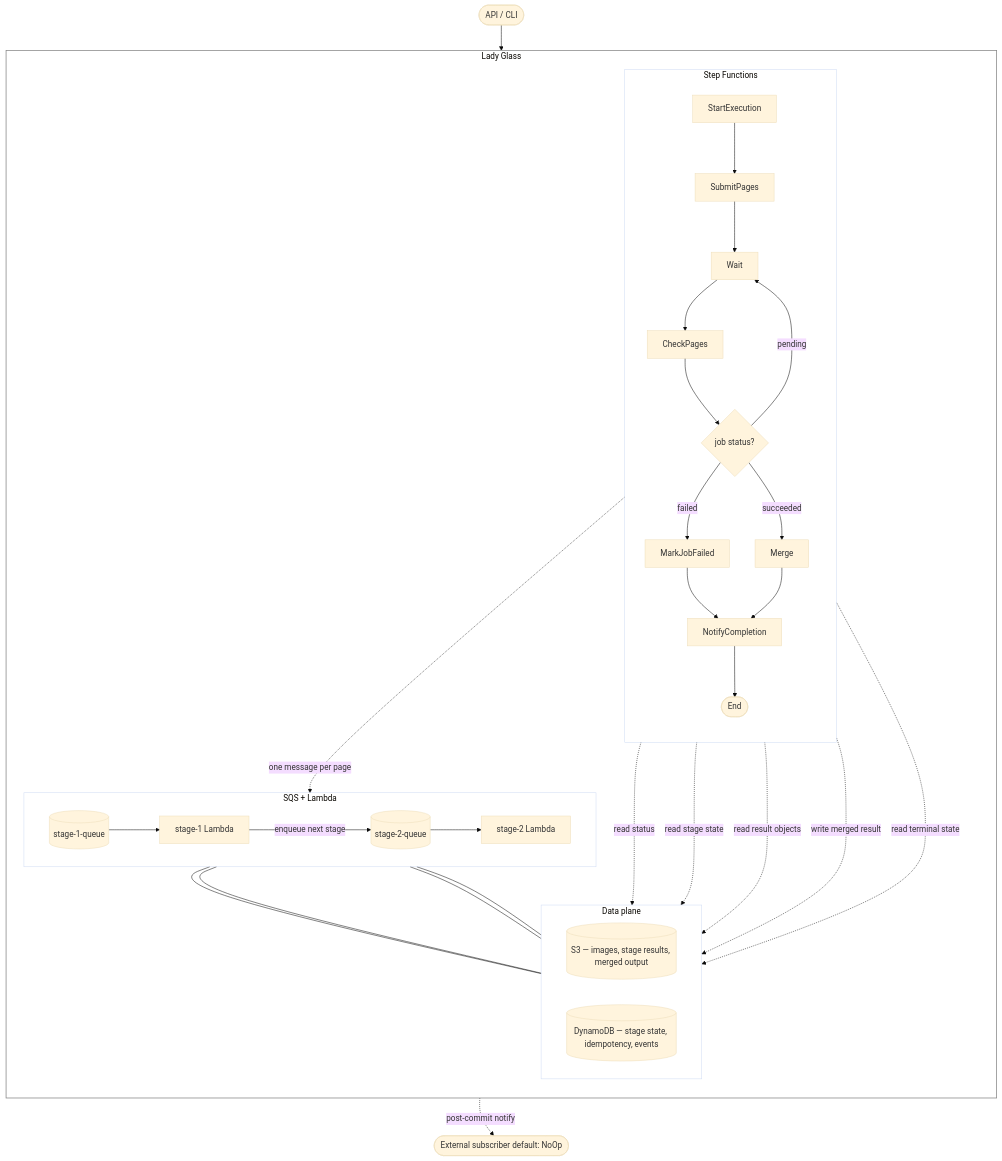
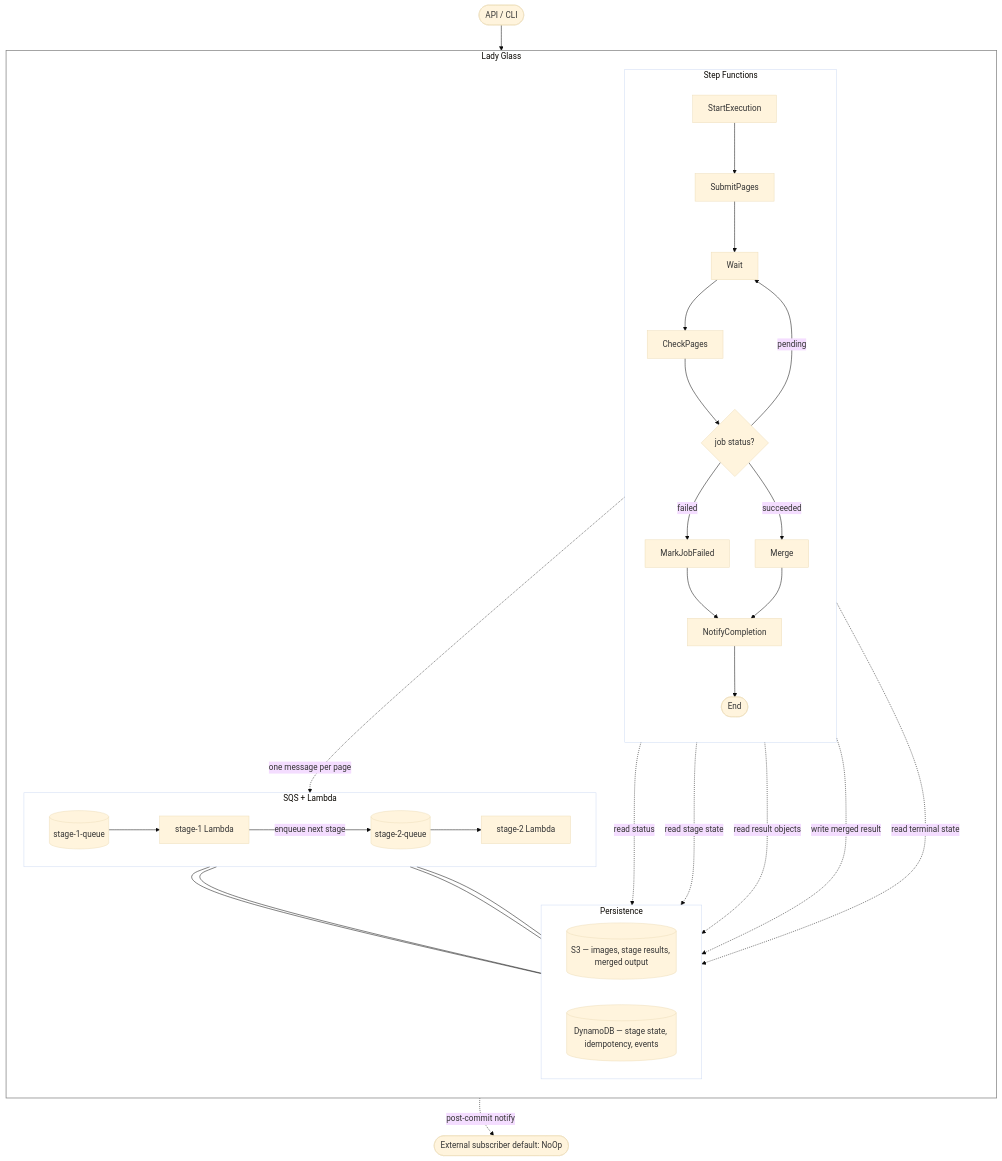
The diagram in README.md (keix/lady-glass), drawn with Mermaid (base theme) before and after one commit.

Commit message:
README: rename Mermaid "Data plane" subgraph to "Persistence"
The Architecture prose already distinguishes the two services
("DynamoDB is the control plane. S3 is the data plane."), but the
Mermaid diagram lumped them together under one "Data plane"
subgraph. That contradicted the line right above the diagram and
the layer table right below it: DynamoDB is not a data plane,
it's the control plane (stage state, idempotency keys, events).

"Persistence" sidesteps the control-plane / data-plane axis by
using a different one: both DynamoDB and S3 are persistent
stores. The prose still calls out which is which; the diagram
just groups them by their shared property without overclaiming
the role of either.

Subgraph id renamed DATA → PERSIST so source readers see the
same label as the rendered diagram. The style directive at the
foot of the block follows. Stroke / fill behaviour is unchanged.

````diff
--- a/README.md
+++ b/README.md
@@ -19,57 +19,57 @@
 ```mermaid
 flowchart TB
     User([API / CLI]) --> StartExec[StartExecution]
 
     subgraph LG["Lady Glass"]
         direction TB
 
         subgraph SFN["Step Functions"]
             direction TB
             StartExec --> SubmitPages
             SubmitPages --> WaitLoop[Wait]
             WaitLoop --> CheckPages
             CheckPages --> Choice{job status?}
             Choice -- pending --> WaitLoop
             Choice -- failed --> MarkFailed[MarkJobFailed]
             Choice -- succeeded --> Merge
             MarkFailed --> Notify[NotifyCompletion]
             Merge --> Notify
             Notify --> Done([End])
         end
 
         subgraph CHAIN["SQS + Lambda"]
             direction LR
             Q1[(stage-1-queue)] --> L1[stage-1 Lambda]
             L1 -- enqueue next stage --> Q2[(stage-2-queue)]
             Q2 --> L2[stage-2 Lambda]
         end
 
-        subgraph DATA["Data plane"]
+        subgraph PERSIST["Persistence"]
             direction LR
             S3[(S3 — images, stage results, merged output)]
             DDB[(DynamoDB — stage state, idempotency, events)]
         end
     end
 
     Subscriber([External subscriber default: NoOp])
 
     SubmitPages -. one message per page .-> Q1
     CheckPages -. read status .-> DDB
     Merge -. read stage state .-> DDB
     Merge -. read result objects .-> S3
     Merge -. write merged result .-> S3
     Notify -. read terminal state .-> DDB
     Notify -. post-commit notify .-> Subscriber
 
     L1 --- S3
     L1 --- DDB
     L2 --- S3
     L2 --- DDB
 
     Done ~~~ Subscriber
 
     style LG fill:none,stroke:#888,stroke-width:1.5px
     style SFN fill:none
     style CHAIN fill:none
-    style DATA fill:none
+    style PERSIST fill:none
 ```
````
